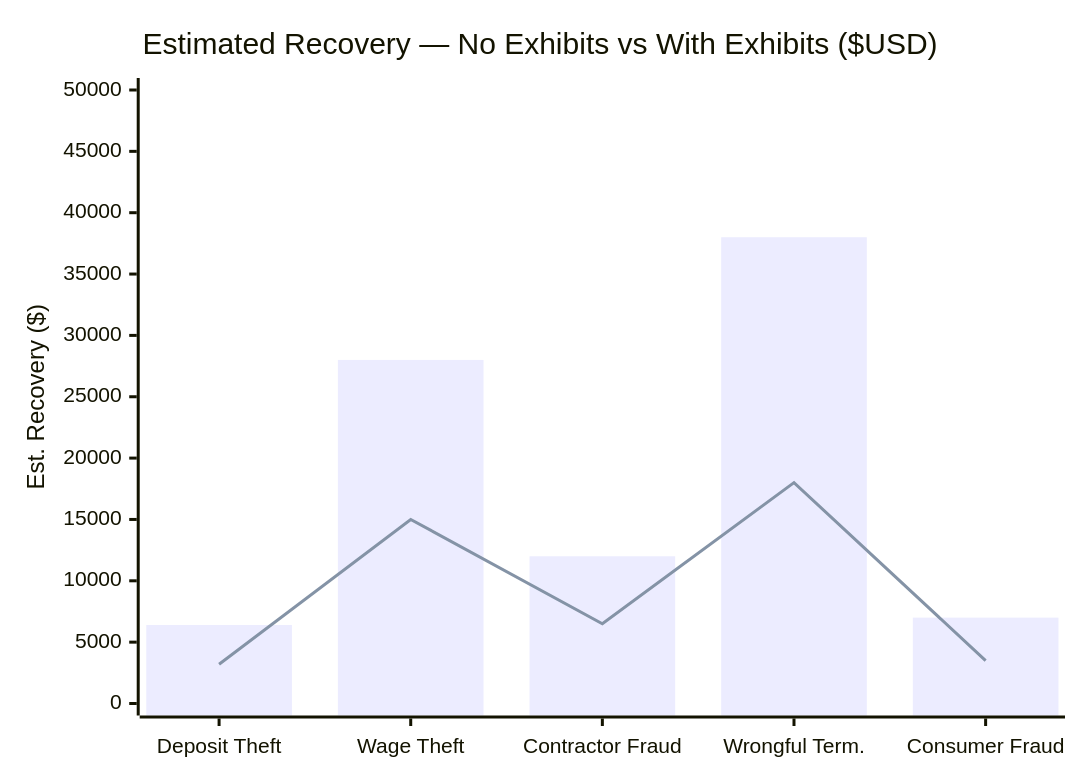
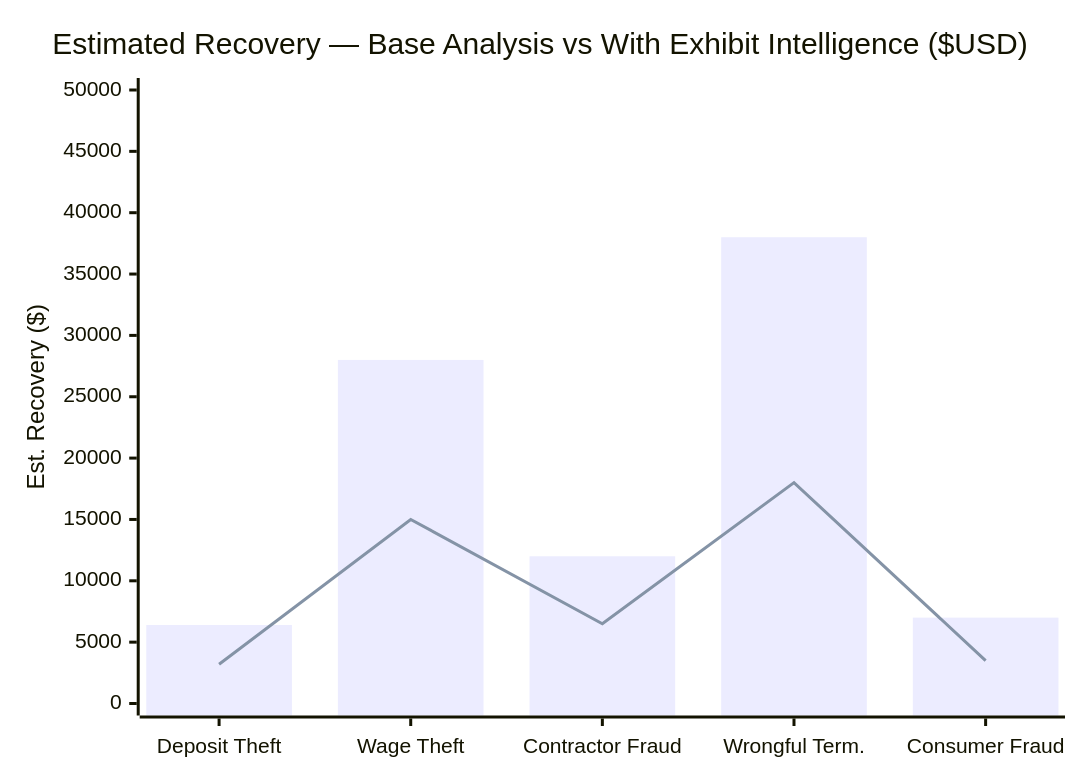
The seventh of 12 diagrams in README.md (Iceman-Dann/Evidence-Locker), drawn with Mermaid before and after one commit. The commit also changed other lines of this file, not shown here.

````diff
--- a/README.md
+++ b/README.md
@@ -290,8 +325,8 @@
 ```mermaid
 xychart-beta
-    title "Estimated Recovery — No Exhibits vs With Exhibits ($USD)"
+    title "Estimated Recovery — Base Analysis vs With Exhibit Intelligence ($USD)"
     x-axis ["Deposit Theft", "Wage Theft", "Contractor Fraud", "Wrongful Term.", "Consumer Fraud"]
     y-axis "Est. Recovery ($)" 0 --> 50000
     bar [6400, 28000, 12000, 38000, 7000]
     line [3200, 15000, 6500, 18000, 3500]
 ```
````
